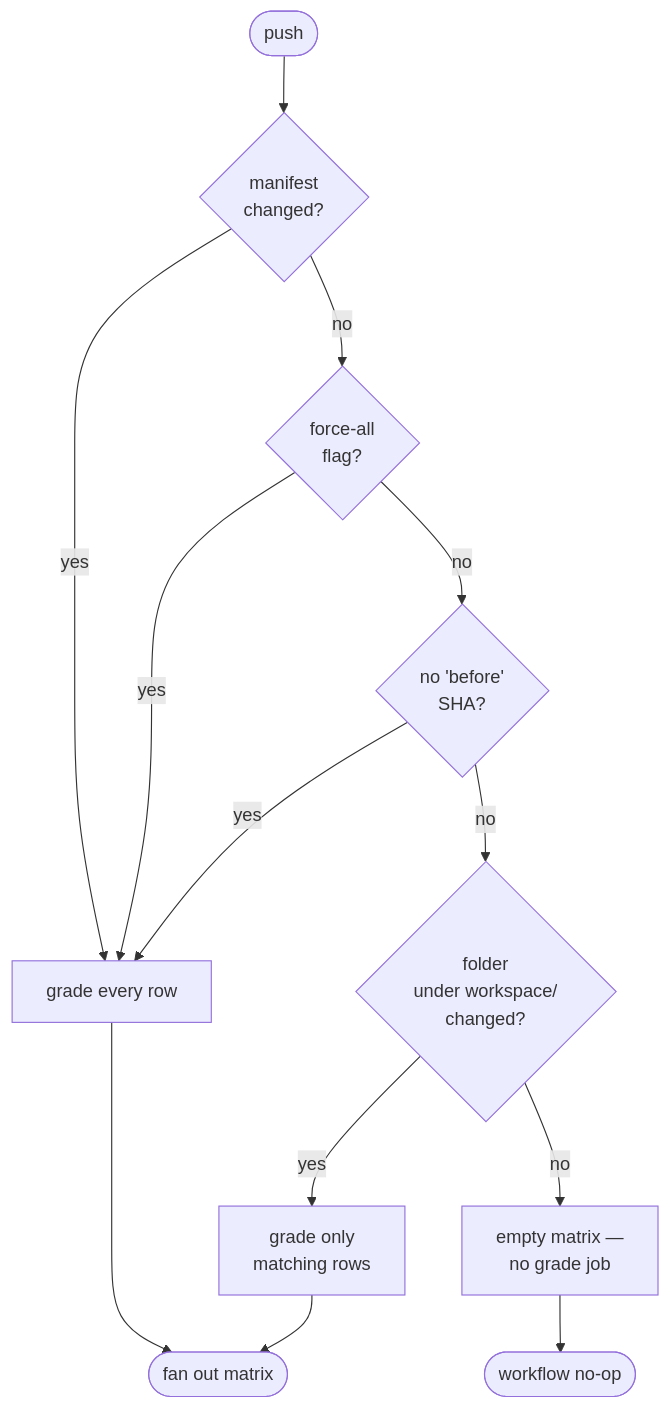
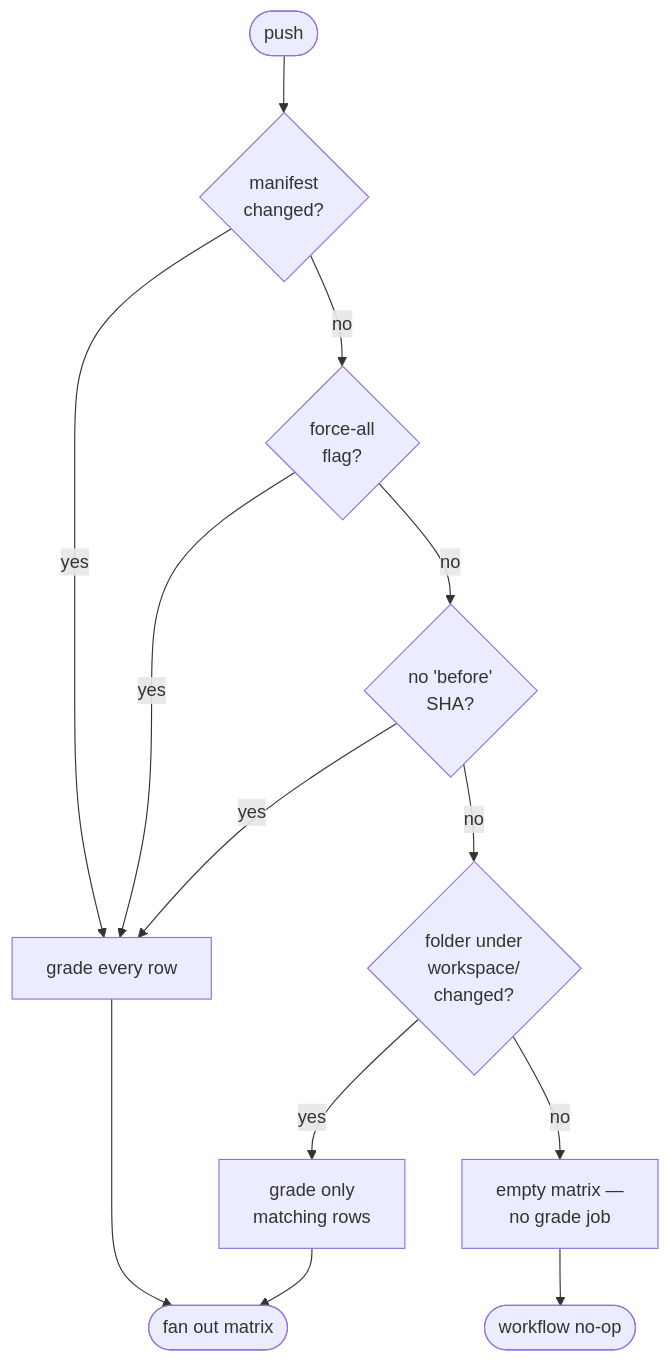
The second of 2 diagrams in docs/workflow/ci-cd.md (Marius-Juston/AutomaticGrader), drawn with Mermaid before and after one commit. The commit also changed other lines of this file and 11 other files, not shown here.

Commit message:
fixed mermaid graphs + C++ doc link

````diff
--- a/docs/workflow/ci-cd.md
+++ b/docs/workflow/ci-cd.md
@@ -126,15 +126,15 @@
 ```mermaid
 flowchart TD
-    Start([push]) --> Manifest{manifest<br/>changed?}
-    Manifest -- yes --> All[grade every row]
-    Manifest -- no --> ForceAll{force-all<br/>flag?}
+    Start(["push"]) --> Manifest{"manifest<br>changed?"}
+    Manifest -- yes --> All["grade every row"]
+    Manifest -- no --> ForceAll{"force-all<br>flag?"}
     ForceAll -- yes --> All
-    ForceAll -- no --> FirstPush{no 'before'<br/>SHA?}
+    ForceAll -- no --> FirstPush{"no 'before'<br>SHA?"}
     FirstPush -- yes --> All
-    FirstPush -- no --> Touched{folder<br/>under workspace/<br/>changed?}
-    Touched -- yes --> Subset[grade only<br/>matching rows]
-    Touched -- no --> Empty[empty matrix —<br/>no grade job]
-    All --> Done([fan out matrix])
+    FirstPush -- no --> Touched{"folder under<br>workspace/<br>changed?"}
+    Touched -- yes --> Subset["grade only<br>matching rows"]
+    Touched -- no --> Empty["empty matrix —<br>no grade job"]
+    All --> Done(["fan out matrix"])
     Subset --> Done
-    Empty --> NoOp([workflow no-op])
+    Empty --> NoOp(["workflow no-op"])
 ```
````
